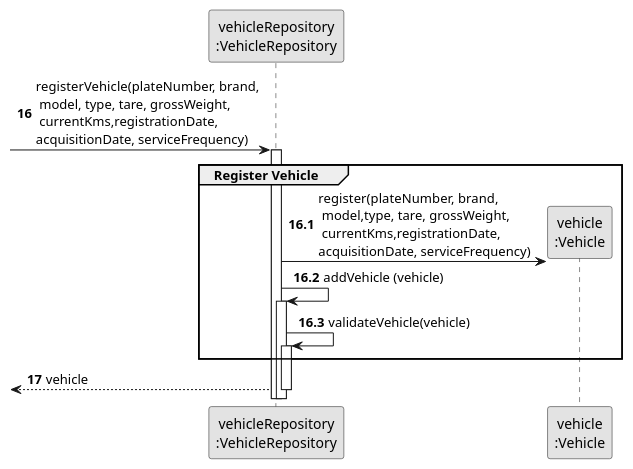
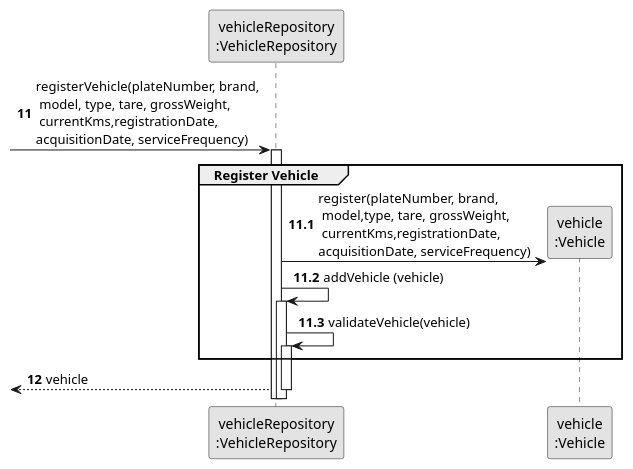
Before and after one commit to diogoveirospro/lei-24-s2-1dg-g072: the diagram in docs/sprintB/us006/03.design/puml/us006-sequence-diagram-partial-register-vehicle.puml, drawn with PlantUML. The commit also changed 6 other files, not shown here.

Commit message:
Made changes in the US006 class diagram and US007 design

```diff
--- a/docs/sprintB/us006/03.design/puml/us006-sequence-diagram-partial-register-vehicle.puml
+++ b/docs/sprintB/us006/03.design/puml/us006-sequence-diagram-partial-register-vehicle.puml
@@ -1,30 +1,30 @@
 @startuml
 skinparam monochrome true
 skinparam packageStyle rectangle
 skinparam shadowing false
 
 participant "vehicleRepository\n:VehicleRepository" as ORG
 participant "vehicle\n:Vehicle" as VEHICLE
 
-autonumber 16
+autonumber 11
 -> ORG: registerVehicle(plateNumber, brand,\n model, type, tare, grossWeight,\n currentKms,registrationDate,\nacquisitionDate, serviceFrequency)
 
-autonumber 16.1
+autonumber 11.1
 activate ORG
     group Register Vehicle
 
         ORG -> VEHICLE**: register(plateNumber, brand,\n model,type, tare, grossWeight,\n currentKms,registrationDate,\nacquisitionDate, serviceFrequency)
         ORG -> ORG: addVehicle (vehicle)
 
         activate ORG
             ORG -> ORG: validateVehicle(vehicle)
             activate ORG
 
     end
 
-    autonumber 17
+    autonumber 12
     <-- ORG : vehicle
 deactivate ORG
 
 
 @enduml
```
